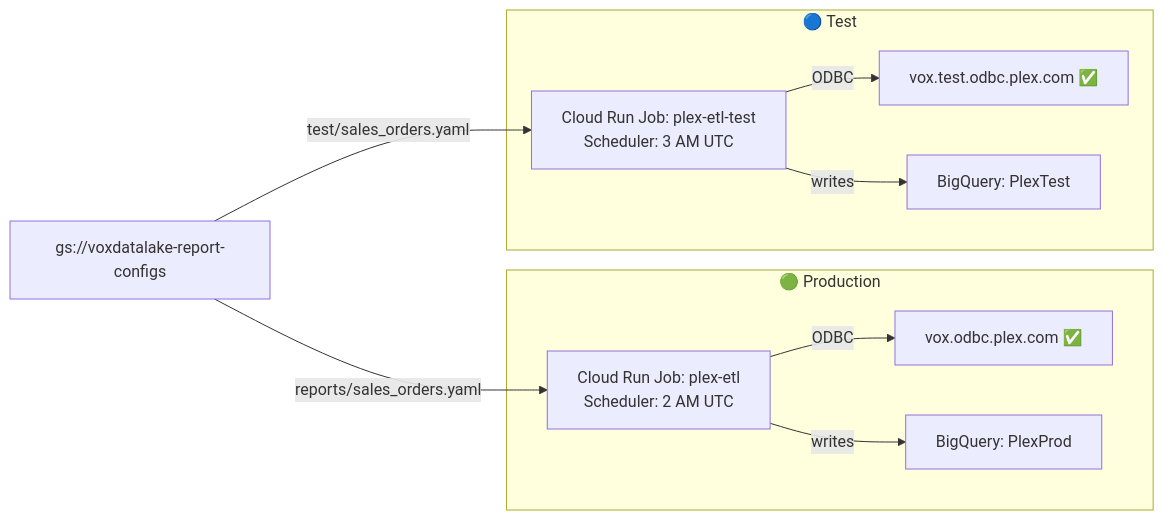
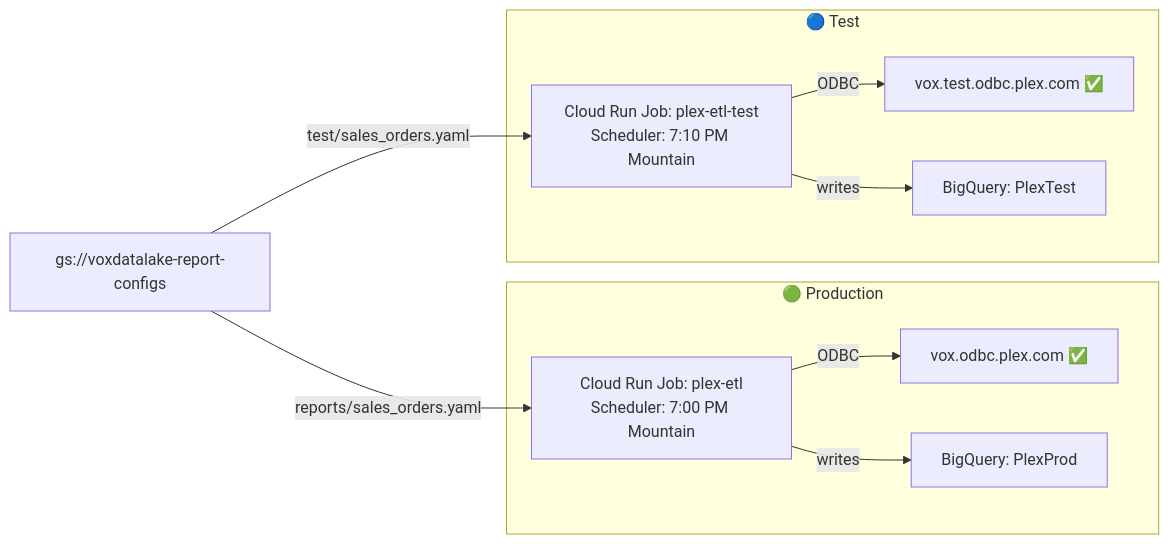
One commit to Parasol-Group-Inc/plex-to-big-query changed the third of 5 diagrams in docs/FRONTEND_GUIDE.md. Above: the diagram before and after it, drawn with Mermaid. The commit also changed other lines of this file and 24 other files, not shown here.

````diff
--- a/docs/FRONTEND_GUIDE.md
+++ b/docs/FRONTEND_GUIDE.md
@@ -208,23 +208,23 @@
 ```mermaid
 graph LR
     GCS["gs://voxdatalake-report-configs"]
 
     subgraph PROD["🟢 Production"]
-        PJ["Cloud Run Job: plex-etl\nScheduler: 2 AM UTC"]
+        PJ["Cloud Run Job: plex-etl\nScheduler: 7:00 PM Mountain"]
         PH["vox.odbc.plex.com ✅"]
         PD["BigQuery: PlexProd"]
         PJ -->|ODBC| PH
         PJ -->|writes| PD
     end
 
     subgraph TEST["🔵 Test"]
-        TJ["Cloud Run Job: plex-etl-test\nScheduler: 3 AM UTC"]
+        TJ["Cloud Run Job: plex-etl-test\nScheduler: 7:10 PM Mountain"]
         TH["vox.test.odbc.plex.com ✅"]
         TD["BigQuery: PlexTest"]
         TJ -->|ODBC| TH
         TJ -->|writes| TD
     end
 
     GCS -->|"reports/sales_orders.yaml"| PJ
     GCS -->|"test/sales_orders.yaml"| TJ
 ```
````
